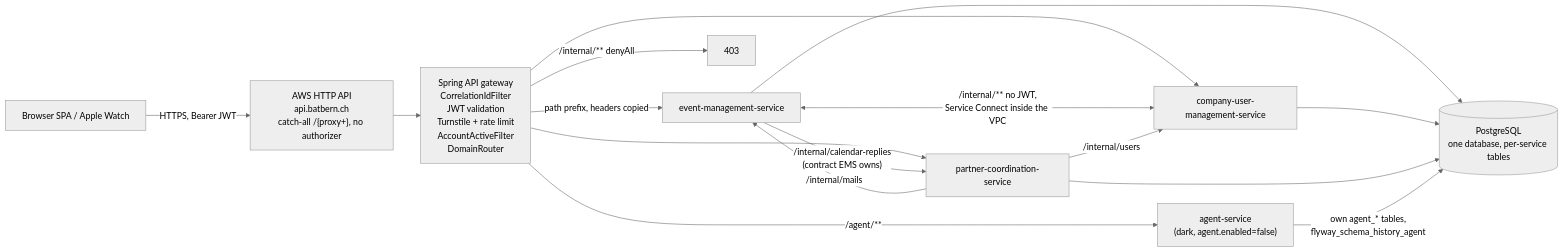
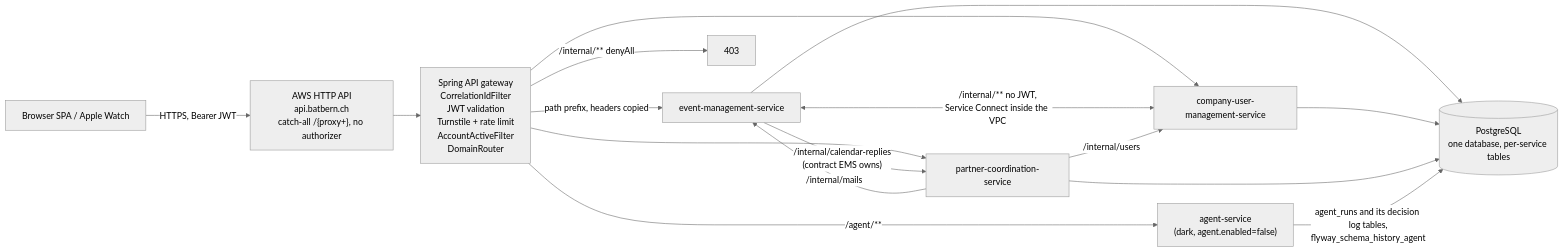
Before and after one commit to nissimbuchs/BATbern2: the first of 14 diagrams in docs/architecture/06-backend-architecture.md, drawn with Mermaid (neutral theme). The commit also changed other lines of this file and 26 other files, not shown here.

````diff
--- a/docs/architecture/06-backend-architecture.md
+++ b/docs/architecture/06-backend-architecture.md
@@ -19,18 +19,18 @@
 ```mermaid
 flowchart LR
     SPA["Browser SPA / Apple Watch"] -->|"HTTPS, Bearer JWT"| HTTPAPI["AWS HTTP API<br/>api.batbern.ch<br/>catch-all /{proxy+}, no authorizer"]
     HTTPAPI --> GW["Spring API gateway<br/>CorrelationIdFilter<br/>JWT validation<br/>Turnstile + rate limit<br/>AccountActiveFilter<br/>DomainRouter"]
     GW -->|"path prefix, headers copied"| EMS["event-management-service"]
     GW --> CUMS["company-user-management-service"]
     GW --> PCS["partner-coordination-service"]
     GW -->|"/agent/**"| AGENT["agent-service<br/>(dark, agent.enabled=false)"]
     GW -->|"/internal/** denyAll"| X["403"]
     EMS <-->|"/internal/** no JWT,<br/>Service Connect inside the VPC"| CUMS
     PCS -->|"/internal/users"| CUMS
     PCS -->|"/internal/mails"| EMS
     EMS -->|"/internal/calendar-replies<br/>(contract EMS owns)"| PCS
     EMS --> DB[("PostgreSQL<br/>one database, per-service tables")]
     CUMS --> DB
     PCS --> DB
-    AGENT -->|"own agent_* tables,<br/>flyway_schema_history_agent"| DB
+    AGENT -->|"agent_runs and its decision log tables,<br/>flyway_schema_history_agent"| DB
 ```
````
